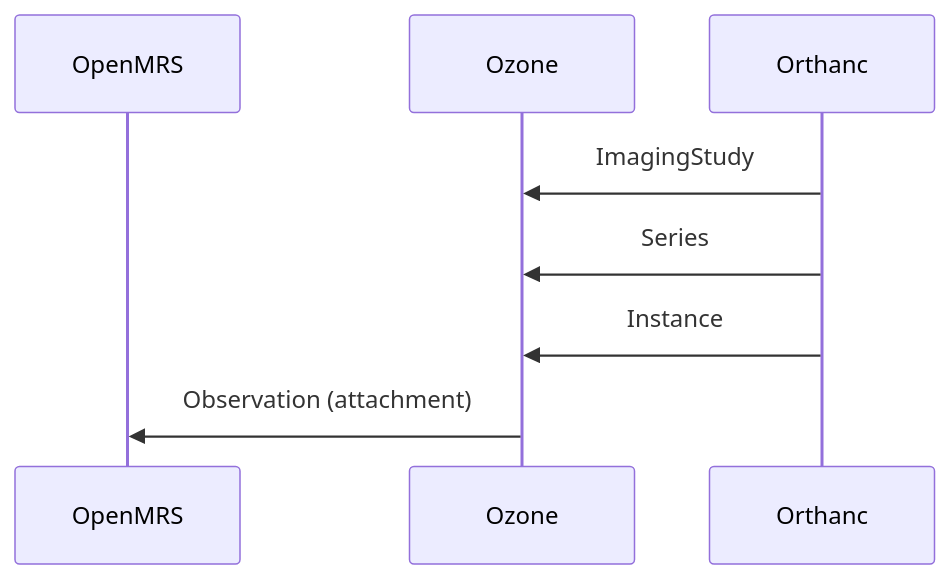
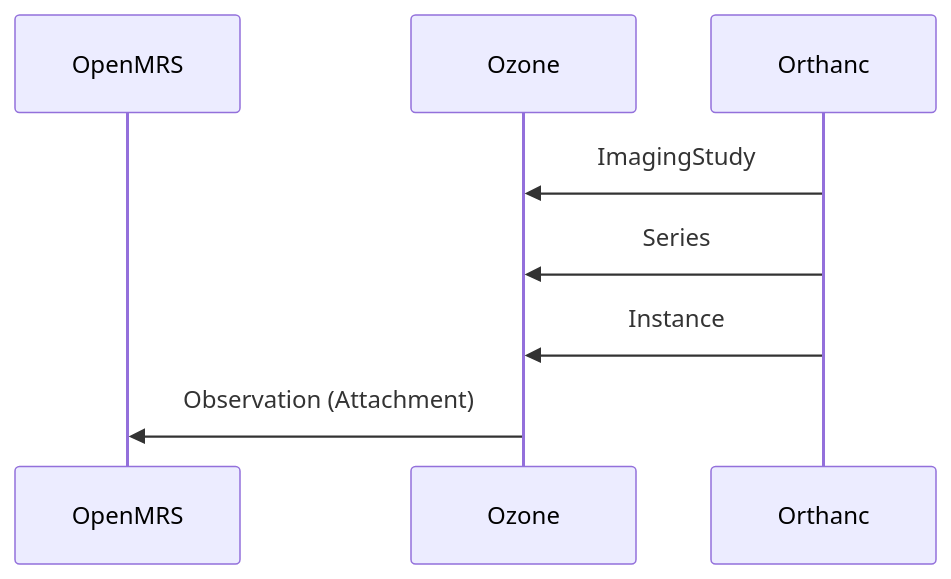
Before and after one commit to ozone-his/ozone-docs: the first of 2 diagrams in docs/users/openmrs-orthanc.md, drawn with Mermaid. The commit also changed other lines of this file, not shown here.

````diff
--- a/docs/users/openmrs-orthanc.md
+++ b/docs/users/openmrs-orthanc.md
@@ -5,10 +5,10 @@
 ``` mermaid
     sequenceDiagram
         participant OpenMRS
         participant Ozone
         participant Orthanc
         Orthanc->>Ozone: ImagingStudy
         Orthanc->>Ozone: Series
         Orthanc->>Ozone: Instance
-        Ozone->>OpenMRS: Observation (attachment)
+        Ozone->>OpenMRS: Observation (Attachment)
 ```
````
